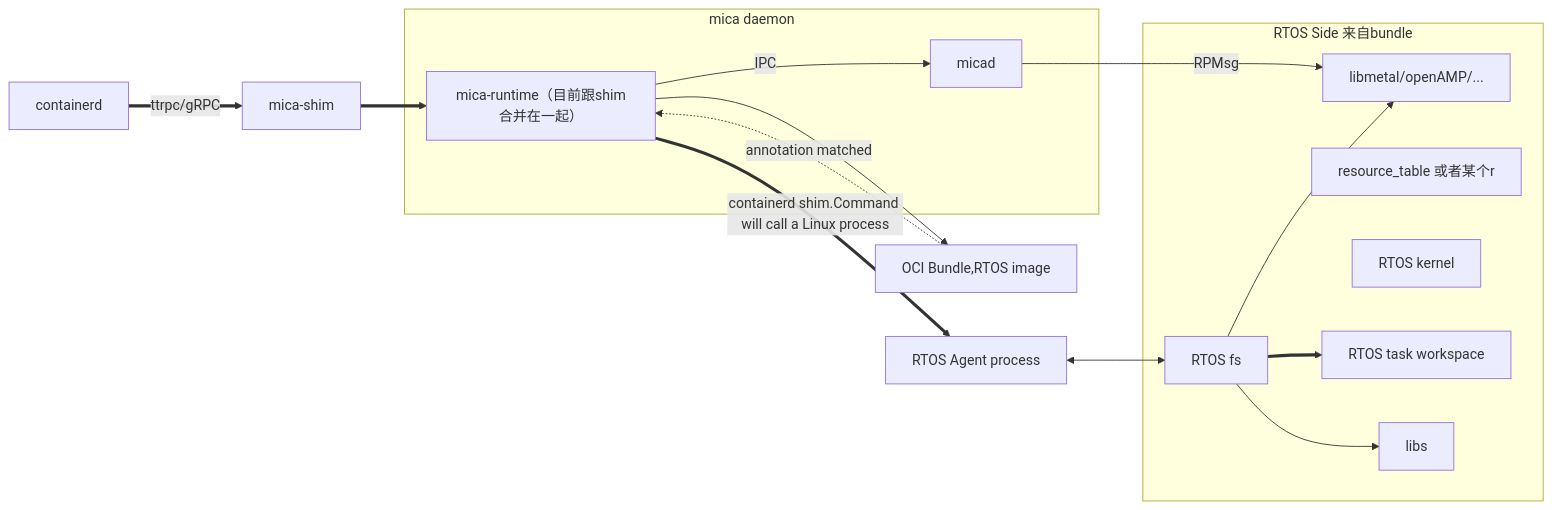
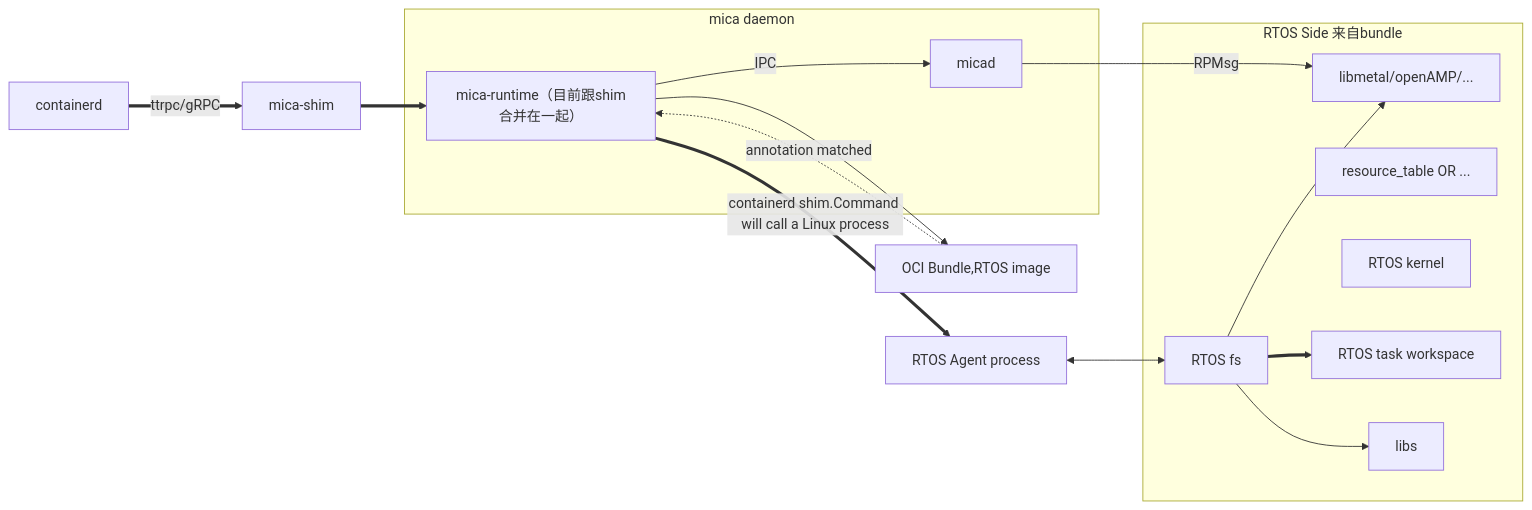
The diagram in all/未命名.md (Egg12138/iodraw-files), drawn with Mermaid before and after one commit.

Commit message:
2025-06-23 09:27:19 update

````diff
--- a/all/未命名.md
+++ b/all/未命名.md
@@ -1,25 +1,25 @@
 ```mermaid
 graph LR
     CD[containerd] ==>|ttrpc/gRPC| S
     S[mica-shim] ==> MR
     MR[mica-runtime（目前跟shim合并在一起）] -->|IPC| A[micad]
     MR -->C[OCI Bundle,RTOS image]
     MR ==>|containerd shim.Command will call a Linux process|AG[RTOS Agent process]
     A -->|RPMsg| B[RTOS Remote Core]
     C -.->|annotation matched| MR
     AG <--> D
     subgraph RTOS Side 来自bundle
-        RT[resource_table 或者某个r]
+        RT[resource_table OR ...]
         K[RTOS kernel]
         B[libmetal/openAMP/...]
         D[RTOS fs] ==> E
         D --> L[libs]
         D --> B
         E[RTOS task workspace]
     end
 
     subgraph mica daemon
         A
         MR
     end
 ```
````
